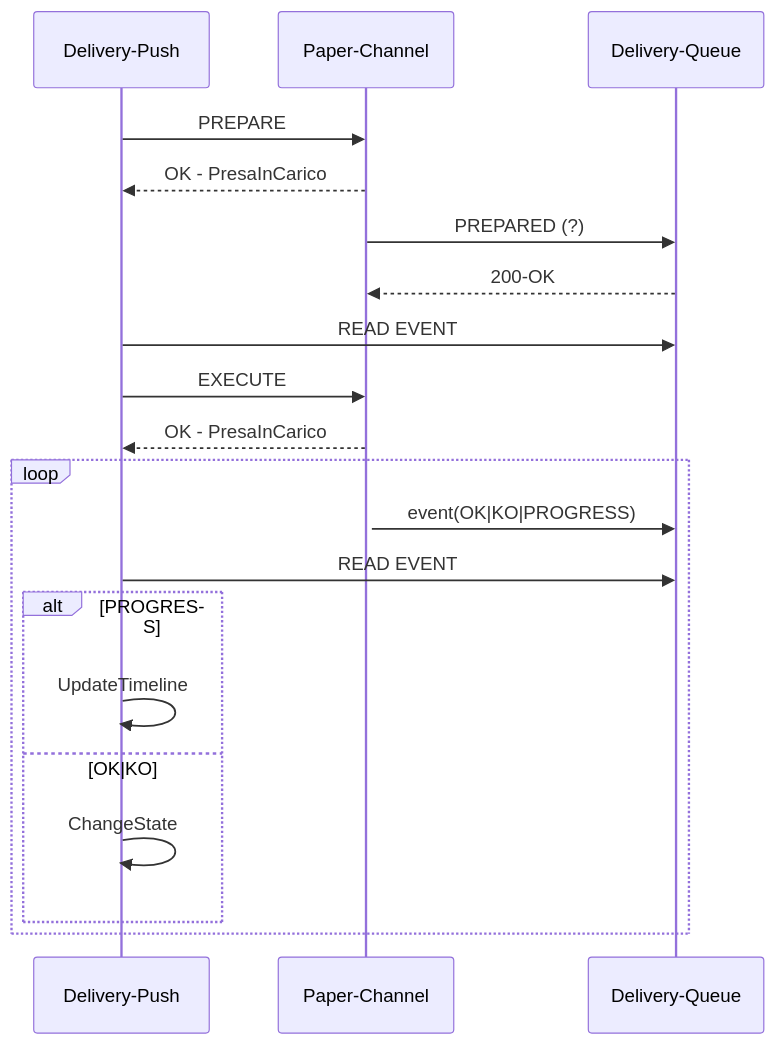
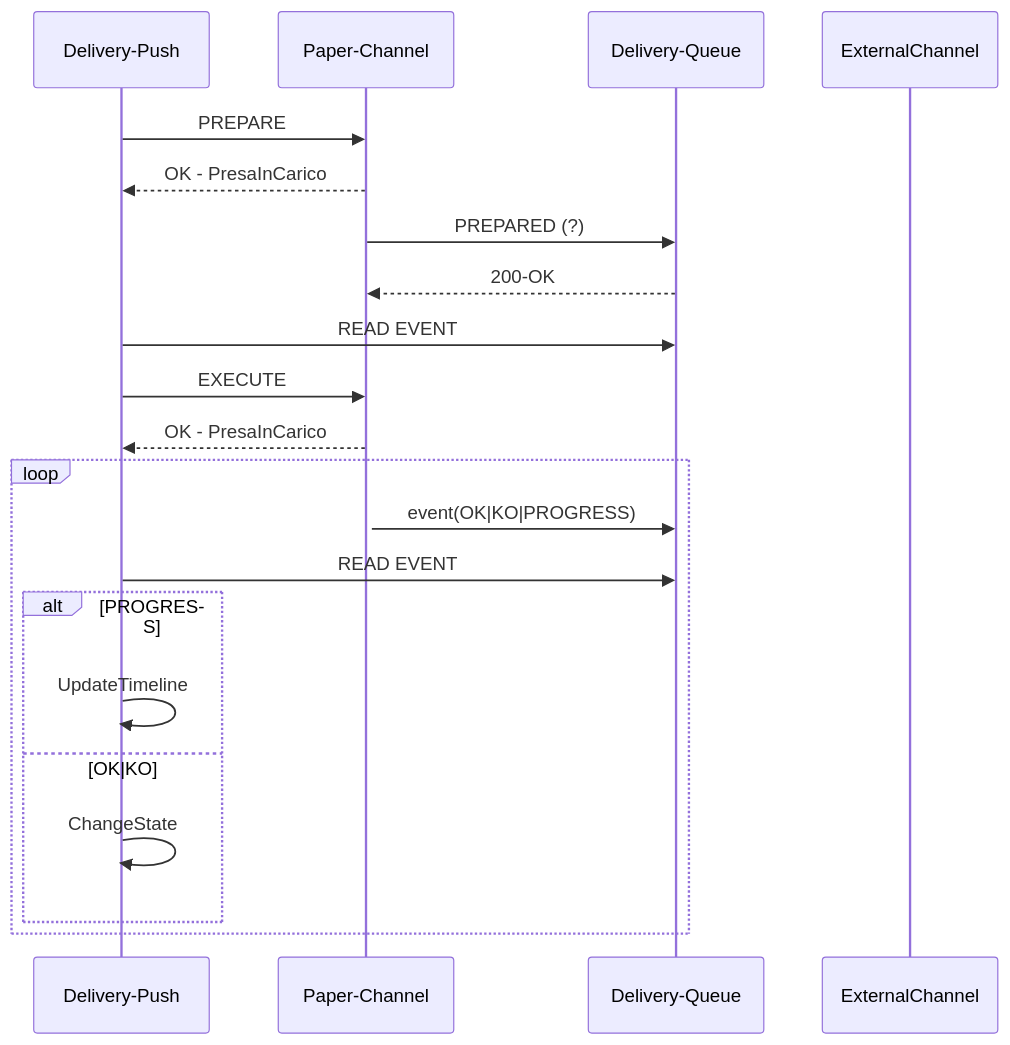
Before and after one commit to pagopa/pn-lab-docs: the diagram in send/paper-channel/ipg-ocr/sd-paper-channel.md, drawn with Mermaid. The commit also changed other lines of this file and 1 other file, not shown here.

Commit message:
add sequences

````diff
--- a/send/paper-channel/ipg-ocr/sd-paper-channel.md
+++ b/send/paper-channel/ipg-ocr/sd-paper-channel.md
@@ -1,27 +1,28 @@
 ```mermaid
 sequenceDiagram
     participant dp as Delivery-Push
     participant pc as Paper-Channel
     participant sqs as Delivery-Queue
+    Participant ext as ExternalChannel
 
     dp ->> pc : PREPARE
     pc -->> dp : OK - PresaInCarico
     pc ->> sqs : PREPARED (?)
 
     sqs -->> pc : 200-OK
     dp ->> sqs : READ EVENT
 
     dp ->> pc : EXECUTE
     pc -->> dp : OK - PresaInCarico
     activate pc
     loop
         pc ->> sqs : event(OK|KO|PROGRESS)
         dp ->> sqs : READ EVENT
         alt PROGRESS
             dp ->> dp : UpdateTimeline
         else OK|KO
             dp ->> dp : ChangeState
         end
     end
 
 ```
````
